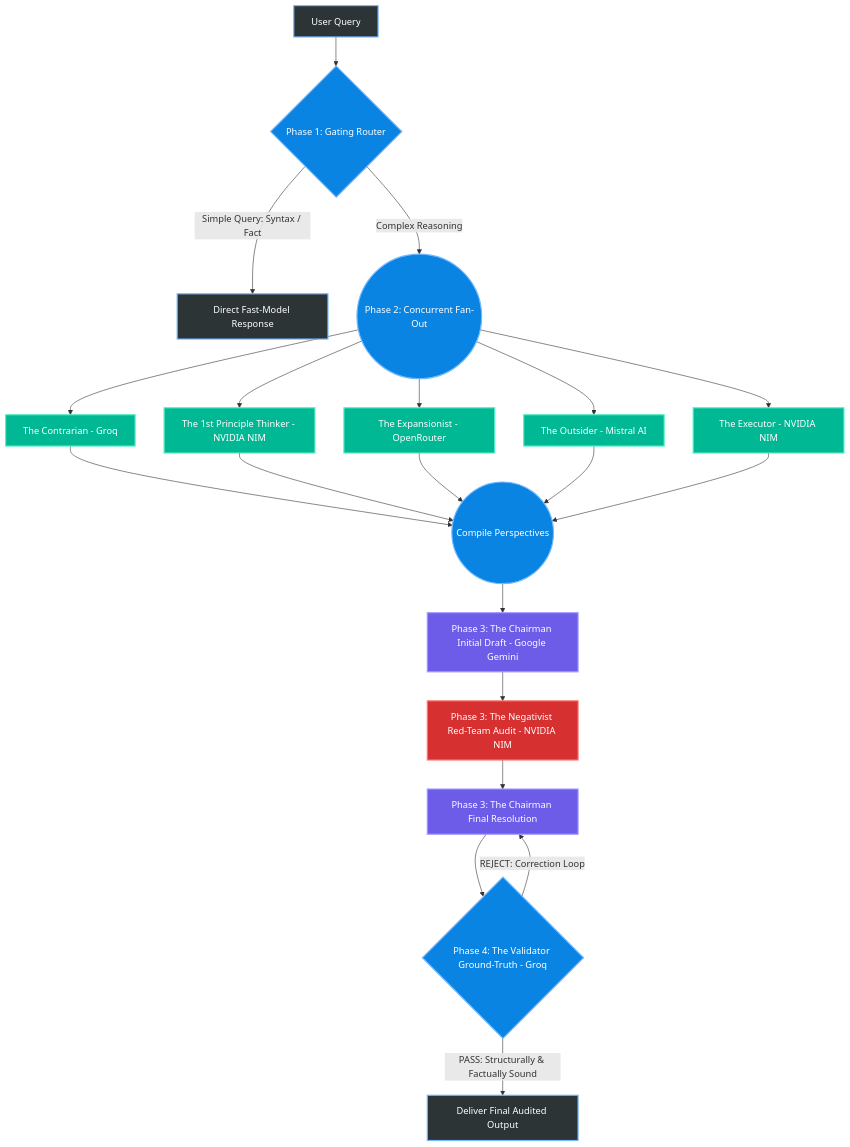
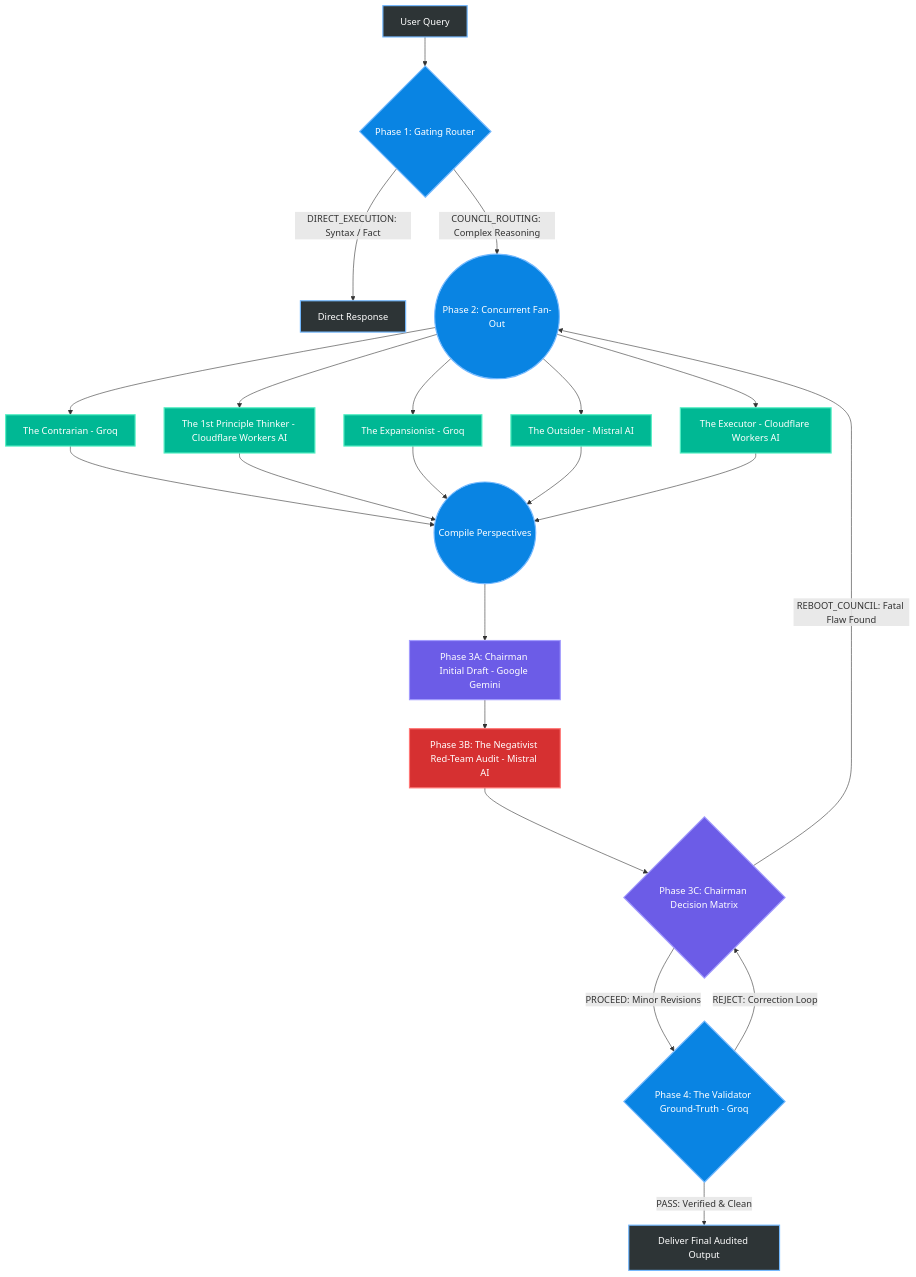
Before and after one commit to prtxkmrsng/M.A.R.S.: the diagram in README.md, drawn with Mermaid. The commit also changed other lines of this file and 16 other files, not shown here.

````diff
--- a/README.md
+++ b/README.md
@@ -16,33 +16,34 @@
 ```mermaid
 graph TD
     classDef user fill:#2d3436,stroke:#74b9ff,stroke-width:2px,color:#fff;
     classDef router fill:#0984e3,stroke:#74b9ff,stroke-width:2px,color:#fff;
     classDef agent fill:#00b894,stroke:#55efc4,stroke-width:2px,color:#fff;
     classDef executive fill:#6c5ce7,stroke:#a29bfe,stroke-width:2px,color:#fff;
     classDef final fill:#d63031,stroke:#ff7675,stroke-width:2px,color:#fff;
 
     A[User Query]:::user --> B{Phase 1: Gating Router}:::router
     
-    B -->|Simple Query: Syntax / Fact| C[Direct Fast-Model Response]:::user
-    B -->|Complex Reasoning| D((Phase 2: Concurrent Fan-Out)):::router
+    B -->|DIRECT_EXECUTION: Syntax / Fact| C[Direct Response]:::user
+    B -->|COUNCIL_ROUTING: Complex Reasoning| D((Phase 2: Concurrent Fan-Out)):::router
 
     D --> E[The Contrarian - Groq]:::agent
-    D --> F[The 1st Principle Thinker - NVIDIA NIM]:::agent
-    D --> G[The Expansionist - OpenRouter]:::agent
+    D --> F[The 1st Principle Thinker - Cloudflare Workers AI]:::agent
+    D --> G[The Expansionist - Groq]:::agent
     D --> H[The Outsider - Mistral AI]:::agent
-    D --> I[The Executor - NVIDIA NIM]:::agent
+    D --> I[The Executor - Cloudflare Workers AI]:::agent
 
     E --> J((Compile Perspectives)):::router
     F --> J
     G --> J
     H --> J
     I --> J
 
-    J --> K[Phase 3: The Chairman Initial Draft - Google Gemini]:::executive
-    K --> L[Phase 3: The Negativist Red-Team Audit - NVIDIA NIM]:::final
-    L --> M[Phase 3: The Chairman Final Resolution]:::executive
-    M --> N{Phase 4: The Validator Ground-Truth - Groq}:::router
+    J --> K[Phase 3A: Chairman Initial Draft - Google Gemini]:::executive
+    K --> L[Phase 3B: The Negativist Red-Team Audit - Mistral AI]:::final
+    L --> M{Phase 3C: Chairman Decision Matrix}:::executive
+    M -->|REBOOT_COUNCIL: Fatal Flaw Found| D
+    M -->|PROCEED: Minor Revisions| N{Phase 4: The Validator Ground-Truth - Groq}:::router
     
-    N -->|PASS: Structurally & Factually Sound| O[Deliver Final Audited Output]:::user
+    N -->|PASS: Verified & Clean| O[Deliver Final Audited Output]:::user
     N -->|REJECT: Correction Loop| M
 ```
````
